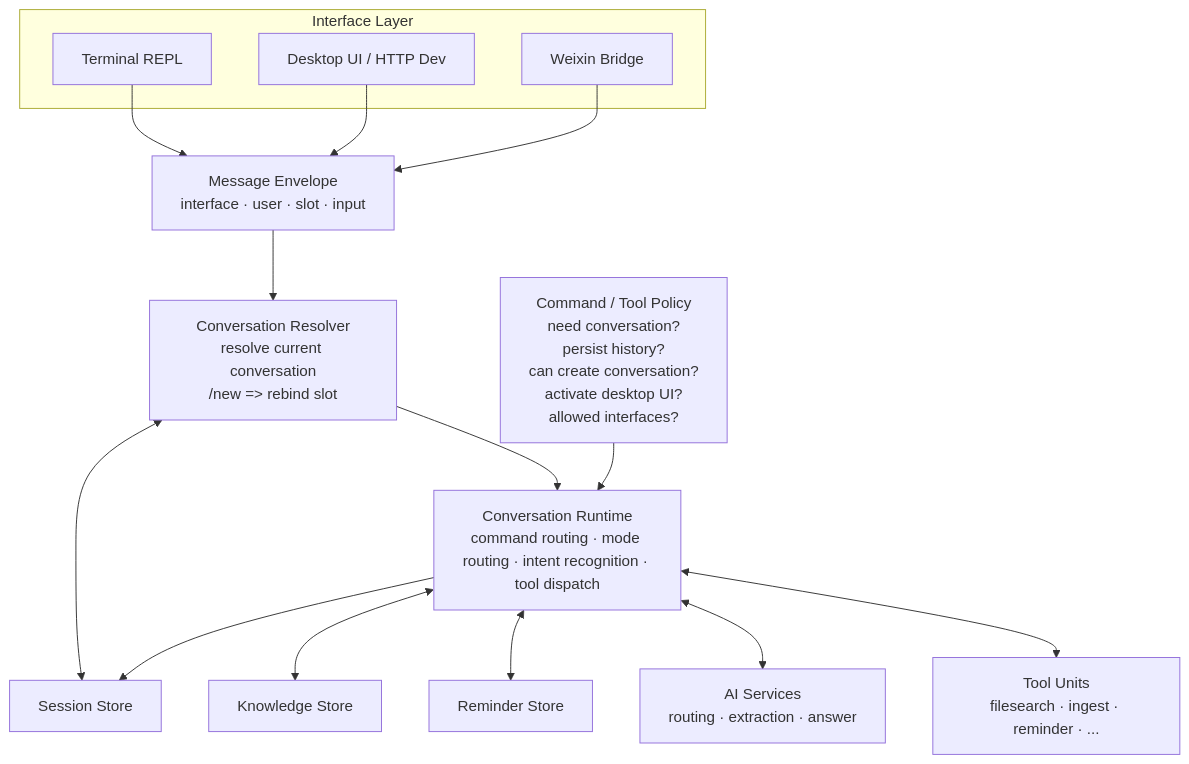
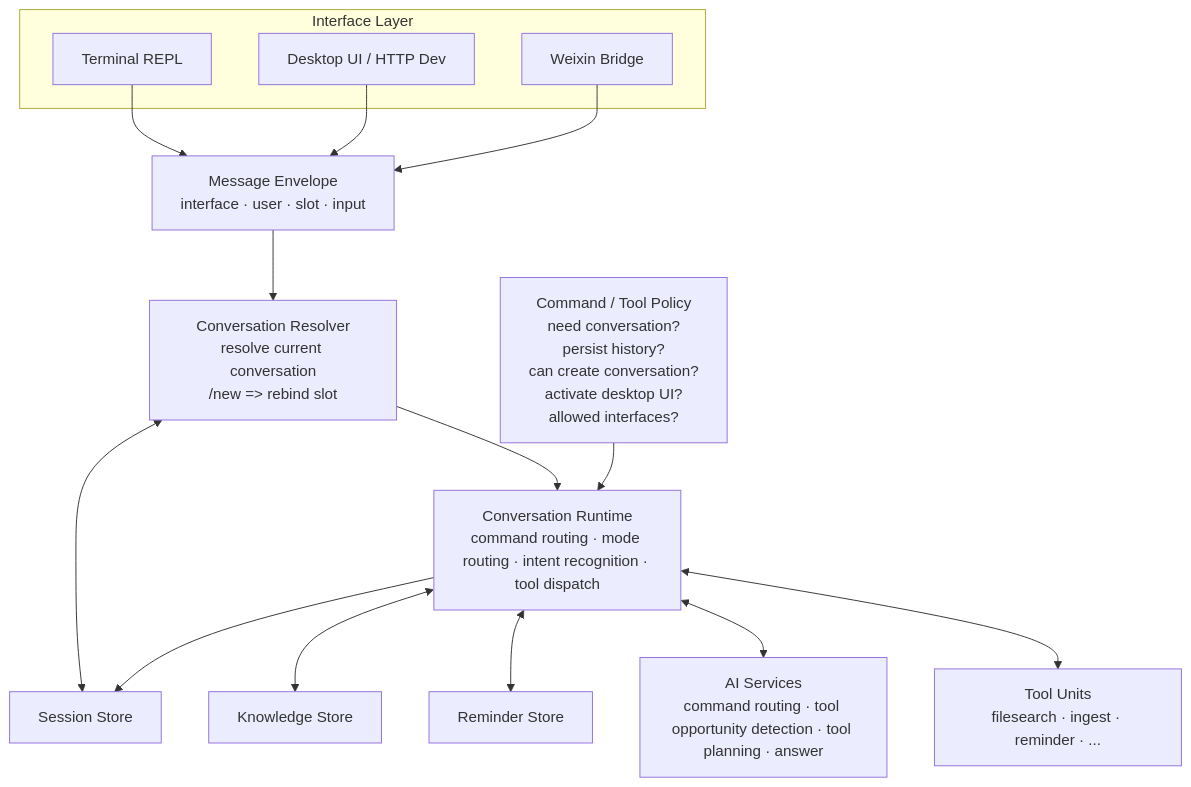
Before and after one commit to xuzhougeng/myclaw: the diagram in README.md, drawn with Mermaid. The commit also changed other lines of this file and 17 other files, not shown here.

Commit message:
feat(ai): add generic tool decider flow

````diff
--- a/README.md
+++ b/README.md
@@ -18,32 +19,32 @@
 ```mermaid
 flowchart TD
     subgraph Interfaces["Interface Layer"]
         terminal["Terminal REPL"]
         desktop["Desktop UI / HTTP Dev"]
         weixin["Weixin Bridge"]
     end
 
     envelope["Message Envelope\ninterface · user · slot · input"]
     resolver["Conversation Resolver\nresolve current conversation\n/new => rebind slot"]
     runtime["Conversation Runtime\ncommand routing · mode routing · intent recognition · tool dispatch"]
     policy["Command / Tool Policy\nneed conversation?\npersist history?\ncan create conversation?\nactivate desktop UI?\nallowed interfaces?"]
     session["Session Store"]
     kb["Knowledge Store"]
     reminders["Reminder Store"]
-    ai["AI Services\nrouting · extraction · answer"]
+    ai["AI Services\ncommand routing · tool opportunity detection · tool planning · answer"]
     tools["Tool Units\nfilesearch · ingest · reminder · ..."]
 
     terminal --> envelope
     desktop --> envelope
     weixin --> envelope
 
     envelope --> resolver
     resolver <--> session
     resolver --> runtime
     policy --> runtime
     runtime --> session
     runtime <--> kb
     runtime <--> reminders
     runtime <--> ai
     runtime <--> tools
 ```
````
